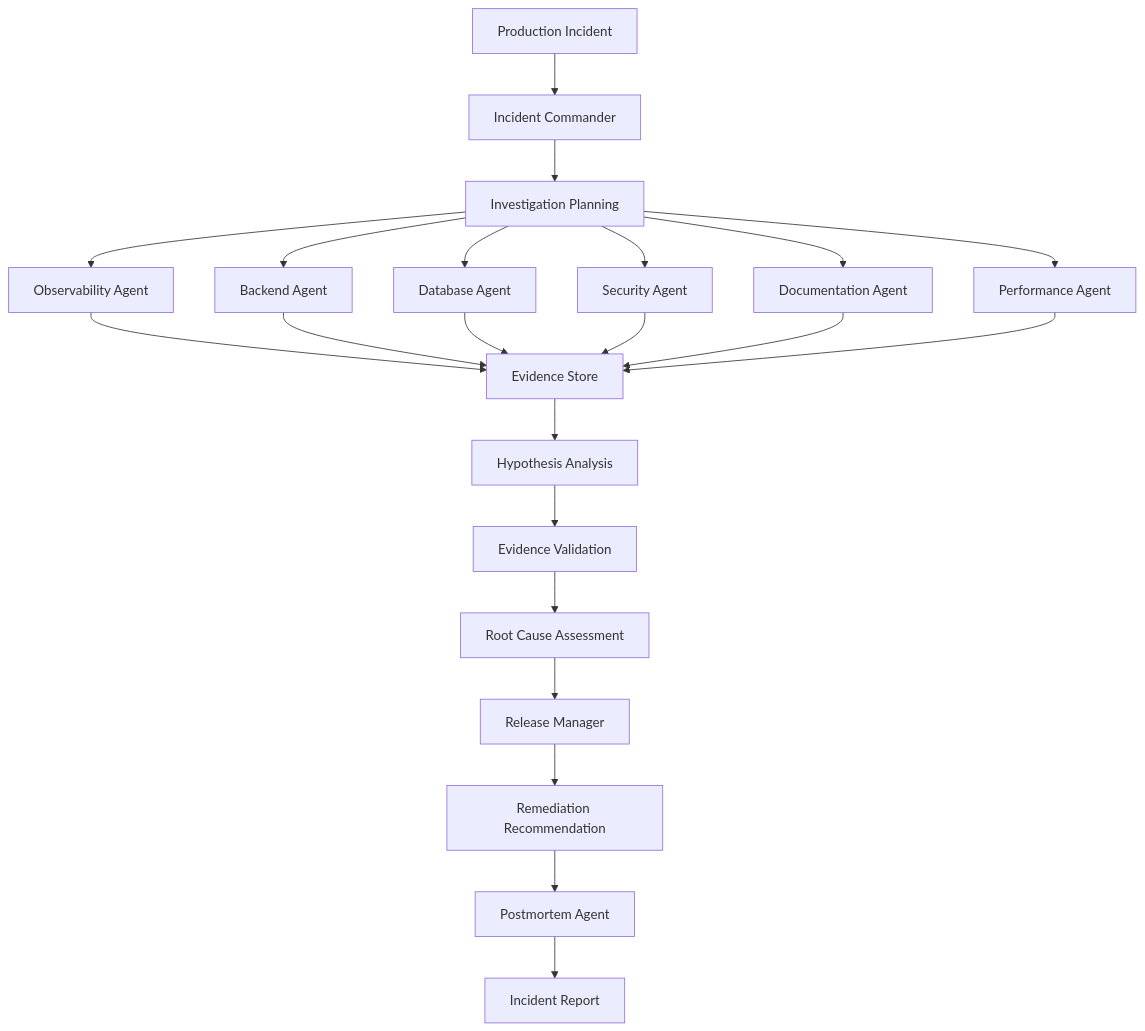
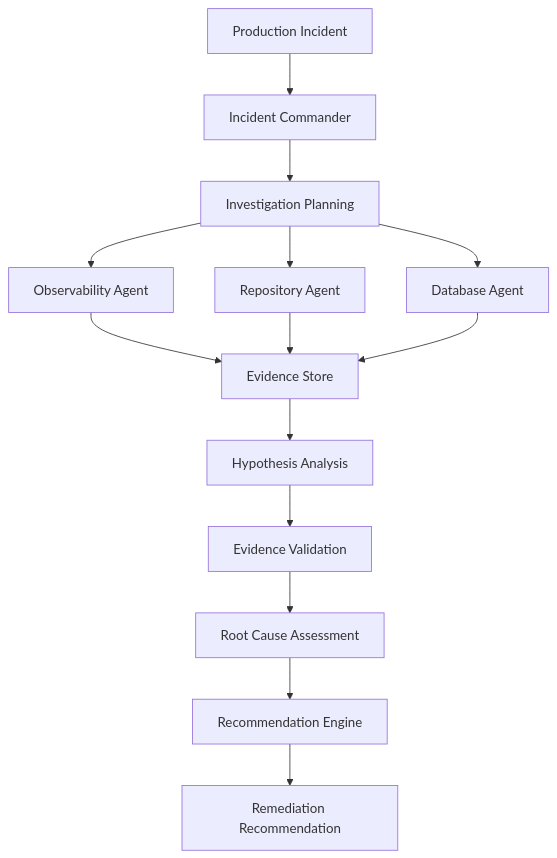
The first of 8 diagrams in README.md (ShaliniKashyap717/IncidentForge), drawn with Mermaid before and after one commit. The commit also changed other lines of this file and 17 other files, not shown here.

````diff
--- a/README.md
+++ b/README.md
@@ -34,30 +33,21 @@
 ```mermaid
 flowchart TD
     A["Production Incident"] --> B["Incident Commander"]
 
     B --> C["Investigation Planning"]
 
     C --> D["Observability Agent"]
-    C --> E["Backend Agent"]
+    C --> E["Repository Agent"]
     C --> F["Database Agent"]
-    C --> G["Security Agent"]
-    C --> H["Documentation Agent"]
-    C --> I["Performance Agent"]
 
-    D --> J["Evidence Store"]
-    E --> J
-    F --> J
-    G --> J
-    H --> J
-    I --> J
+    D --> G["Evidence Store"]
+    E --> G
+    F --> G
 
-    J --> K["Hypothesis Analysis"]
-    K --> L["Evidence Validation"]
-    L --> M["Root Cause Assessment"]
+    G --> H["Hypothesis Analysis"]
+    H --> I["Evidence Validation"]
+    I --> J["Root Cause Assessment"]
 
-    M --> N["Release Manager"]
-    N --> O["Remediation Recommendation"]
-
-    O --> P["Postmortem Agent"]
-    P --> Q["Incident Report"]
+    J --> K["Recommendation Engine"]
+    K --> L["Remediation Recommendation"]
 ```
````
